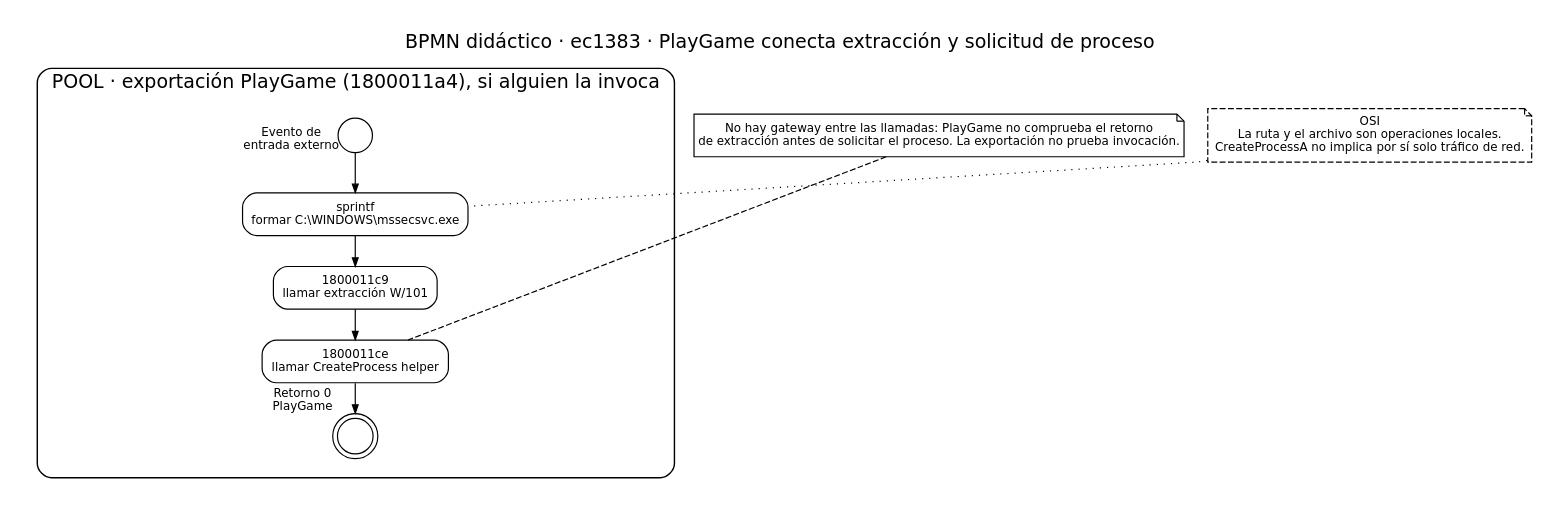
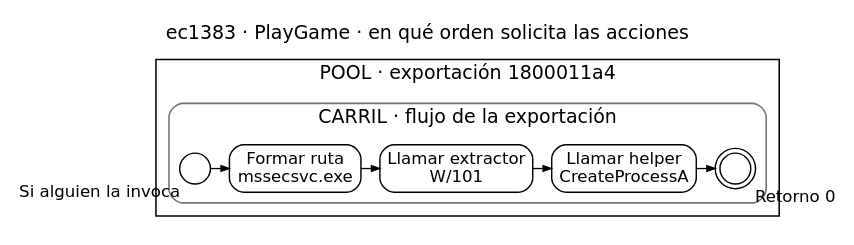
One commit to leonidas854/forense_nist_nhs changed the diagram in entrega_nist/figuras/ec1383_playgame.dot. Above: the diagram before and after it, drawn with Graphviz. The commit also changed 85 other files, not shown here.

Commit message:
Hacer legibles los BPMN y ampliar guía por componente

```diff
--- a/entrega_nist/figuras/ec1383_playgame.dot
+++ b/entrega_nist/figuras/ec1383_playgame.dot
@@ -1,23 +1,26 @@
-digraph BPMN_PlayGame {
-  graph [rankdir=TB, bgcolor="white", pad=.22, nodesep=.28, ranksep=.36,
-         splines=polyline, fontname="DejaVu Sans", label="BPMN didáctico · ec1383 · PlayGame conecta extracción y solicitud de proceso",
-         labelloc=t, fontsize=16];
-  node [fontname="DejaVu Sans", fontsize=10, color="black", fontcolor="black",
-        style="filled", fillcolor="white", margin=".12,.08"];
-  edge [fontname="DejaVu Sans", fontsize=9, color="black", fontcolor="black",
-        arrowsize=.7];
-  subgraph cluster_pool {
-    label="POOL · exportación PlayGame (1800011a4), si alguien la invoca";
-    color="black"; penwidth=1.2; style="rounded"; margin=16;
-    s [shape=circle, fixedsize=true, width=.4, label="", xlabel="Evento de\nentrada externo"];
-    route [shape=box, style="rounded,filled", label="sprintf\nformar C:\\WINDOWS\\mssecsvc.exe"];
-    extract [shape=box, style="rounded,filled", label="1800011c9\nllamar extracción W/101"];
-    launch [shape=box, style="rounded,filled", label="1800011ce\nllamar CreateProcess helper"];
-    end [shape=doublecircle, fixedsize=true, width=.42, label="", xlabel="Retorno 0\nPlayGame"];
-    s -> route -> extract -> launch -> end;
+digraph BPMN {
+  graph [rankdir=LR, bgcolor="white", pad=.12, nodesep=.16, ranksep=.22,
+         splines=polyline, fontname="DejaVu Sans", labelloc=t, fontsize=16,
+         compound=true, newrank=true];
+  node [fontname="DejaVu Sans", fontsize=14, color="black", fontcolor="black",
+        style="filled", fillcolor="white", margin=".10,.07", penwidth=1.2];
+  edge [fontname="DejaVu Sans", fontsize=12, color="black", fontcolor="black",
+        arrowsize=.7, penwidth=1.1];
+  label="ec1383 · PlayGame · en qué orden solicita las acciones";
+  subgraph cluster_pool { label="POOL · exportación 1800011a4"; color=black; penwidth=1.3; margin=11;
+    subgraph cluster_code { label="CARRIL · flujo de la exportación"; color=gray45; style="rounded"; margin=9;
+      s [shape=circle, label="", xlabel="Si alguien la invoca", fixedsize=true, width=.36];
+      path [shape=box, label="Formar ruta
+mssecsvc.exe", style="rounded,filled"];
+      extract [shape=box, label="Llamar extractor
+W/101", style="rounded,filled"];
+      launch [shape=box, label="Llamar helper
+CreateProcessA", style="rounded,filled"];
+      end [shape=doublecircle, label="", xlabel="Retorno 0", fixedsize=true, width=.36];
+    }
+  s -> path;
+  path -> extract;
+  extract -> launch;
+  launch -> end;
   }
-  note [shape=note, style="filled", label="No hay gateway entre las llamadas: PlayGame no comprueba el retorno\nde extracción antes de solicitar el proceso. La exportación no prueba invocación."];
-  note -> launch [style=dashed, arrowhead=none, constraint=false];
-  osi [shape=note, style="dashed,filled", label="OSI\nLa ruta y el archivo son operaciones locales.\nCreateProcessA no implica por sí solo tráfico de red."];
-  osi -> route [style=dotted, arrowhead=none, constraint=false];
 }
```
